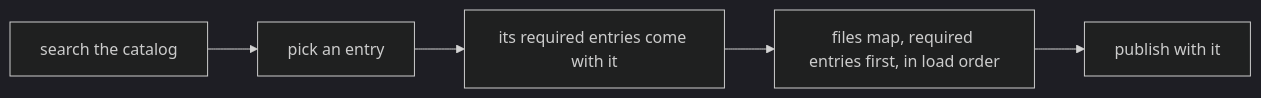
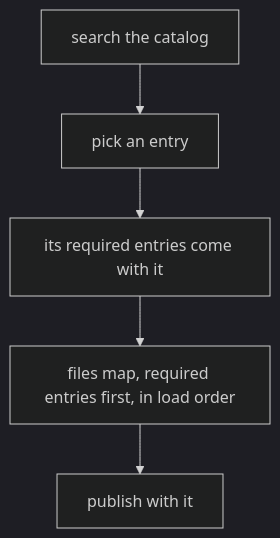
Before and after one commit to fblgit/artifacts-done-properly: the fifth of 6 diagrams in plugins/artifacts-done-properly/skills/adp/catalog/kit/guides/artifact-dataplane.md, drawn with Mermaid (dark theme). The commit also changed other lines of this file and 4 other files, not shown here.

First line of the commit message:
Guide review fixes; its Mermaid diagrams wear the chosen theme and fit the column

````diff
--- a/plugins/artifacts-done-properly/skills/adp/catalog/kit/guides/artifact-dataplane.md
+++ b/plugins/artifacts-done-properly/skills/adp/catalog/kit/guides/artifact-dataplane.md
@@ -101,4 +101,4 @@
 ```mermaid
-flowchart LR
+flowchart TD
   s["search the catalog"] --> e["pick an entry"] --> r["its required entries come with it"] --> f["files map, required entries first, in load order"] --> p["publish with it"]
 ```
````
